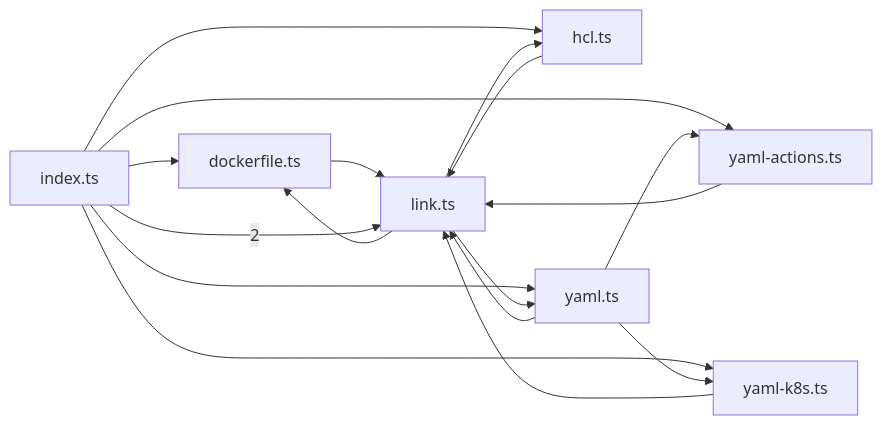
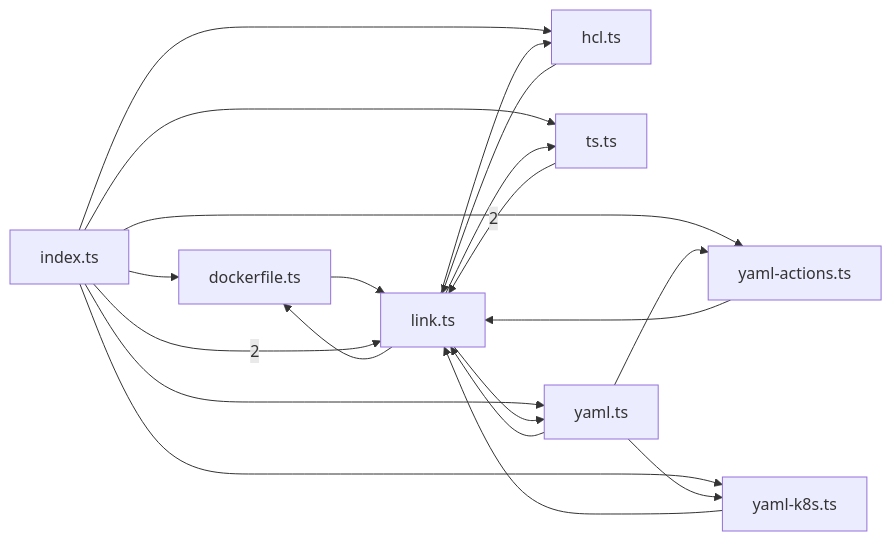
One commit to sns45/greplost changed the fifth of 8 diagrams in .greplost/packages/greplost__core/MAP.md. Above: the diagram before and after it, drawn with Mermaid. The commit also changed other lines of this file and 50 other files, not shown here.

````diff
--- a/.greplost/packages/greplost__core/MAP.md
+++ b/.greplost/packages/greplost__core/MAP.md
@@ -294,26 +299,30 @@
 ```mermaid
 graph LR
   packages_core_src_references_dockerfile_ts["dockerfile.ts"]
   packages_core_src_references_hcl_ts["hcl.ts"]
   packages_core_src_references_index_ts["index.ts"]
   packages_core_src_references_link_ts["link.ts"]
+  packages_core_src_references_ts_ts["ts.ts"]
   packages_core_src_references_yaml_actions_ts["yaml-actions.ts"]
   packages_core_src_references_yaml_k8s_ts["yaml-k8s.ts"]
   packages_core_src_references_yaml_ts["yaml.ts"]
   packages_core_src_references_dockerfile_ts --> packages_core_src_references_link_ts
   packages_core_src_references_hcl_ts --> packages_core_src_references_link_ts
   packages_core_src_references_index_ts --> packages_core_src_references_dockerfile_ts
   packages_core_src_references_index_ts --> packages_core_src_references_hcl_ts
   packages_core_src_references_index_ts -->|2| packages_core_src_references_link_ts
+  packages_core_src_references_index_ts --> packages_core_src_references_ts_ts
   packages_core_src_references_index_ts --> packages_core_src_references_yaml_actions_ts
   packages_core_src_references_index_ts --> packages_core_src_references_yaml_k8s_ts
   packages_core_src_references_index_ts --> packages_core_src_references_yaml_ts
   packages_core_src_references_link_ts --> packages_core_src_references_dockerfile_ts
   packages_core_src_references_link_ts --> packages_core_src_references_hcl_ts
+  packages_core_src_references_link_ts --> packages_core_src_references_ts_ts
   packages_core_src_references_link_ts --> packages_core_src_references_yaml_ts
+  packages_core_src_references_ts_ts -->|2| packages_core_src_references_link_ts
   packages_core_src_references_yaml_actions_ts --> packages_core_src_references_link_ts
   packages_core_src_references_yaml_k8s_ts --> packages_core_src_references_link_ts
   packages_core_src_references_yaml_ts --> packages_core_src_references_link_ts
   packages_core_src_references_yaml_ts --> packages_core_src_references_yaml_actions_ts
   packages_core_src_references_yaml_ts --> packages_core_src_references_yaml_k8s_ts
 ```
````
